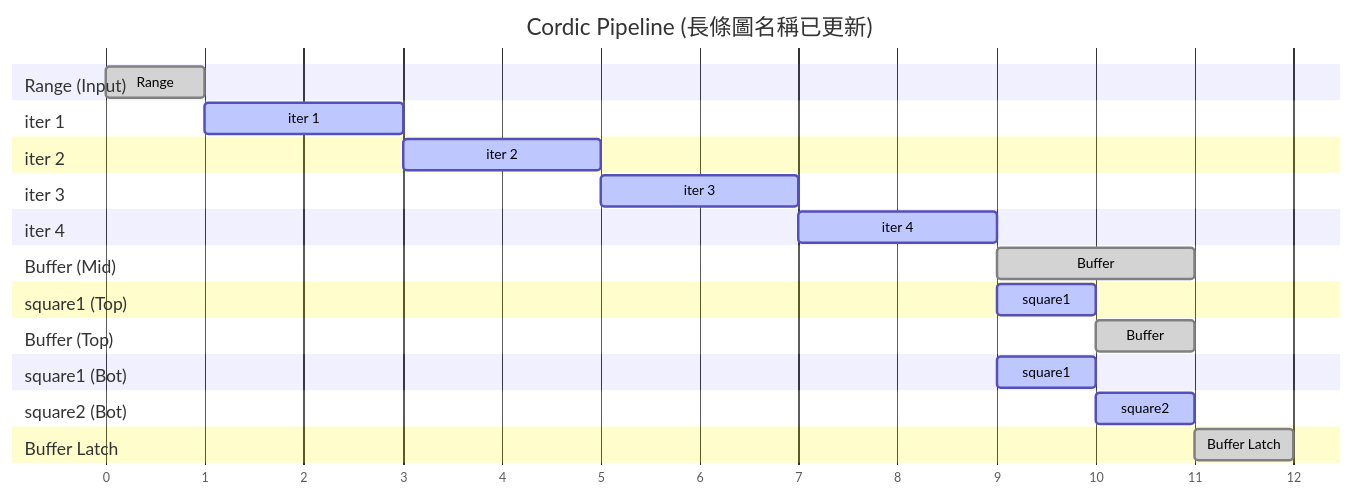
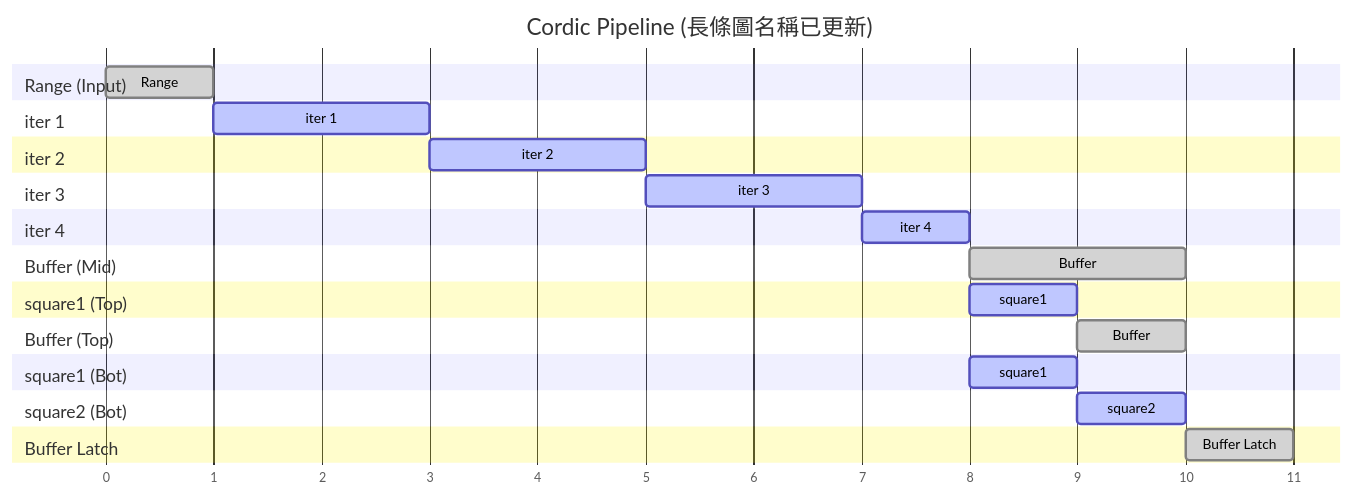
One commit to weifoe/vitis changed diagram 13 of 16 in Car.md. Above: the diagram before and after it, drawn with Mermaid.

````diff
--- a/Car.md
+++ b/Car.md
@@ -622,57 +622,57 @@
 ```mermaid
 
 %%{init: { 'gantt': {'barHeight': 25, 'sectionFontSize': 14} } }%%
 gantt
     title Cordic Pipeline (長條圖名稱已更新)
     dateFormat  HH:mm
     axisFormat  %-M
     
     %% =======================
     %% Main Cordic Chain
     %% =======================
     section Range (Input)
     Range       :done,   m_range, 00:00, 1m
     
     section iter 1
     iter 1      :active, m_it1, after m_range, 2m
     
     section iter 2
     iter 2      :active, m_it2, after m_it1, 2m
     
     section iter 3
     iter 3      :active, m_it3, after m_it2, 2m
     
     section iter 4
-    iter 4      :active, m_it4, after m_it3, 2m
+    iter 4      :active, m_it4, after m_it3, 1m
 
     %% =======================
     %% Path Mid
     %% =======================
     section Buffer (Mid)
     Buffer      :done,   mid_wait, after m_it4, 2m
 
     %% =======================
     %% Path Top
     %% =======================
     section square1 (Top)
     square1     :active, t_sq1, after m_it4, 1m
     
     section Buffer (Top)
     Buffer      :done,   t_wait, after t_sq1, 1m
 
     %% =======================
     %% Path Bot
     %% =======================
     section square1 (Bot)
     square1     :active, b_sq1b, after m_it4, 1m
     
     section square2 (Bot)
     square2     :active, b_sq2b, after b_sq1b, 1m
 
     %% =======================
     %% Final Result
     %% =======================
     section Buffer Latch
     Buffer Latch :done,   buf, after b_sq2b, 1m
 
 ```
````
